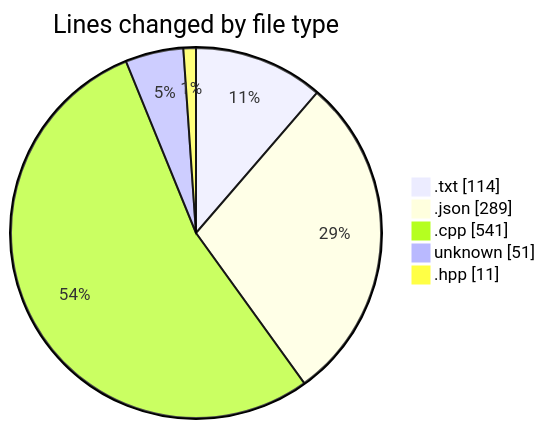
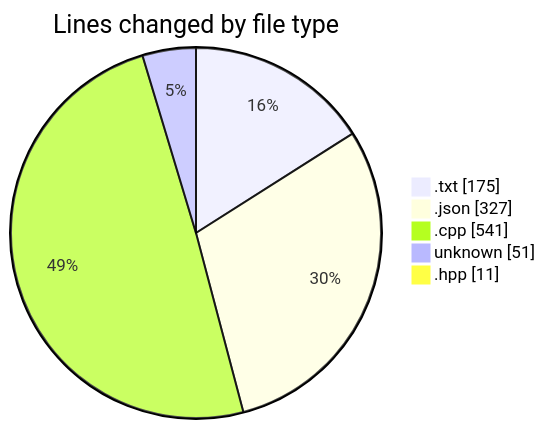
One commit to Netris89/code-tracking changed the first of 2 diagrams in 2025-04-07/echo/README.md. Above: the diagram before and after it, drawn with Mermaid. The commit also changed other lines of this file and 1 other file, not shown here.

````diff
--- a/2025-04-07/echo/README.md
+++ b/2025-04-07/echo/README.md
@@ -27,9 +28,9 @@
 ```mermaid
 pie showData
 title Lines changed by file type
-".txt" : 114
-".json" : 289
+".txt" : 175
+".json" : 327
 ".cpp" : 541
 "unknown" : 51
 ".hpp" : 11
 ```
````
